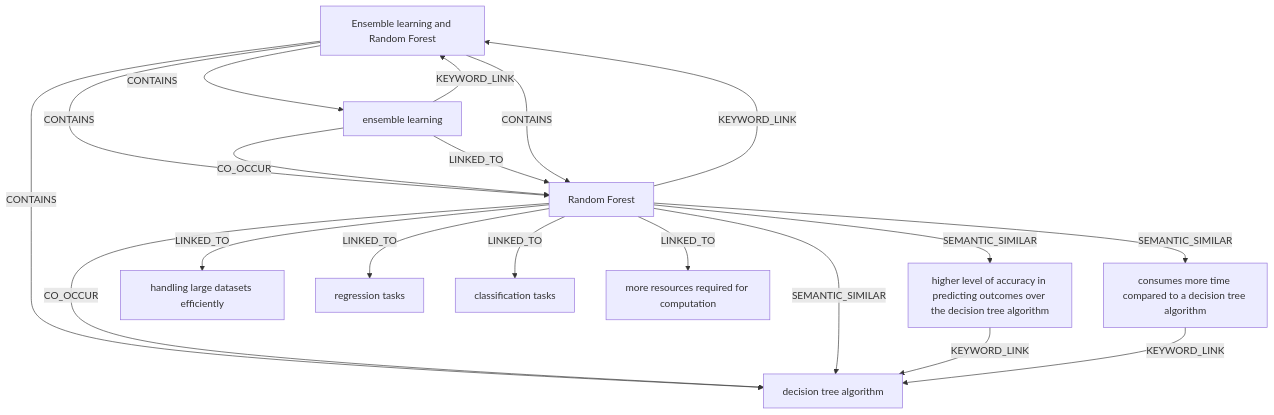
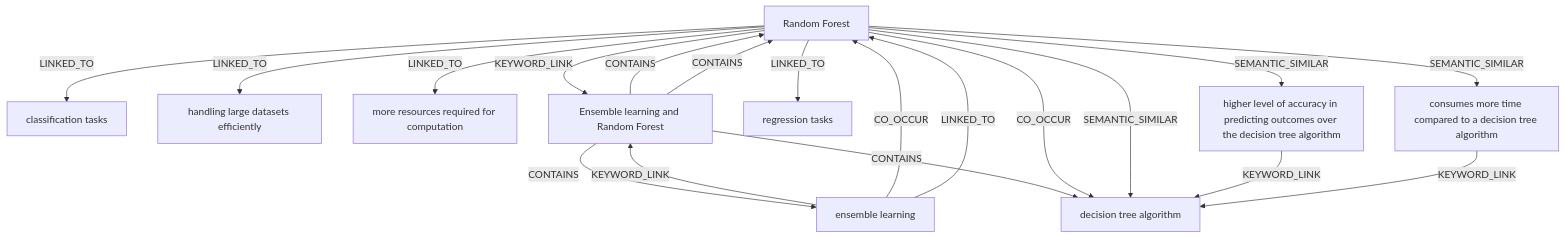
The diagram in AI_OS/Ontology/Ontology_Machine_Learning_Algorithms.md (ankit-sengupta05/cyborg), drawn with Mermaid before and after one commit. The commit also changed other lines of this file and 13 other files, not shown here.

````diff
--- a/AI_OS/Ontology/Ontology_Machine_Learning_Algorithms.md
+++ b/AI_OS/Ontology/Ontology_Machine_Learning_Algorithms.md
@@ -26,31 +26,31 @@
 ```mermaid
 graph TD
-    n0["higher level of accuracy in predicting outcomes over the decision tree algorithm"]
-    n1["consumes more time compared to a decision tree algorithm"]
+    n0["Random Forest"]
+    n1["classification tasks"]
     n2["handling large datasets efficiently"]
-    n3["regression tasks"]
-    n4["decision tree algorithm"]
-    n5["classification tasks"]
-    n6["more resources required for computation"]
+    n3["more resources required for computation"]
+    n4["higher level of accuracy in predicting outcomes over the decision tree algorithm"]
+    n5["regression tasks"]
+    n6["consumes more time compared to a decision tree algorithm"]
     n7["Ensemble learning and Random Forest"]
-    n8["Random Forest"]
-    n9["ensemble learning"]
-    n9 -->|KEYWORD_LINK| n7
-    n7 -->|CONTAINS| n9
+    n8["ensemble learning"]
+    n9["decision tree algorithm"]
     n8 -->|KEYWORD_LINK| n7
     n7 -->|CONTAINS| n8
-    n9 -->|CO_OCCUR| n8
-    n9 -->|LINKED_TO| n8
-    n7 -->|CONTAINS| n8
-    n7 -->|CONTAINS| n4
-    n8 -->|CO_OCCUR| n4
-    n8 -->|SEMANTIC_SIMILAR| n4
-    n8 -->|LINKED_TO| n3
-    n8 -->|LINKED_TO| n5
-    n8 -->|LINKED_TO| n2
-    n0 -->|KEYWORD_LINK| n4
-    n8 -->|SEMANTIC_SIMILAR| n0
-    n8 -->|LINKED_TO| n6
-    n1 -->|KEYWORD_LINK| n4
-    n8 -->|SEMANTIC_SIMILAR| n1
+    n0 -->|KEYWORD_LINK| n7
+    n7 -->|CONTAINS| n0
+    n8 -->|CO_OCCUR| n0
+    n8 -->|LINKED_TO| n0
+    n7 -->|CONTAINS| n0
+    n7 -->|CONTAINS| n9
+    n0 -->|CO_OCCUR| n9
+    n0 -->|SEMANTIC_SIMILAR| n9
+    n0 -->|LINKED_TO| n5
+    n0 -->|LINKED_TO| n1
+    n0 -->|LINKED_TO| n2
+    n4 -->|KEYWORD_LINK| n9
+    n0 -->|SEMANTIC_SIMILAR| n4
+    n0 -->|LINKED_TO| n3
+    n6 -->|KEYWORD_LINK| n9
+    n0 -->|SEMANTIC_SIMILAR| n6
 ```
````
